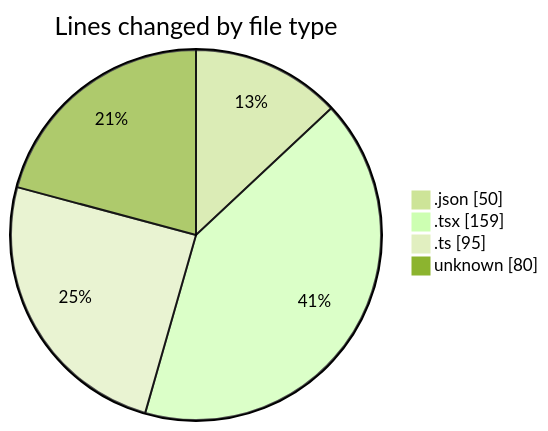
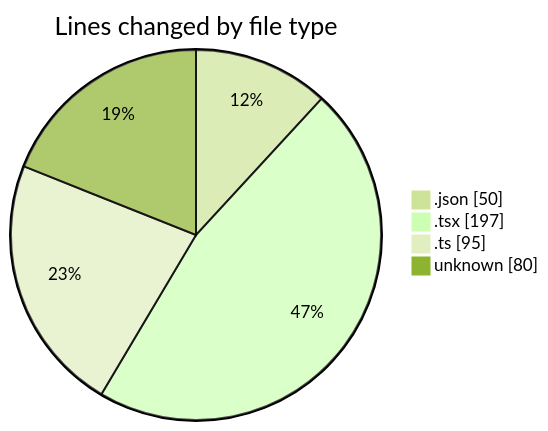
The first of 2 diagrams in 2025-10-29/eventscop-frontend-guide__workspace_/README.md (julien-gomy/code-tracking), drawn with Mermaid (forest theme) before and after one commit. The commit also changed other lines of this file and 1 other file, not shown here.

````diff
--- a/2025-10-29/eventscop-frontend-guide__workspace_/README.md
+++ b/2025-10-29/eventscop-frontend-guide__workspace_/README.md
@@ -31,8 +31,8 @@
 ```mermaid
 pie showData
 title Lines changed by file type
 ".json" : 50
-".tsx" : 159
+".tsx" : 197
 ".ts" : 95
 "unknown" : 80
 ```
````
